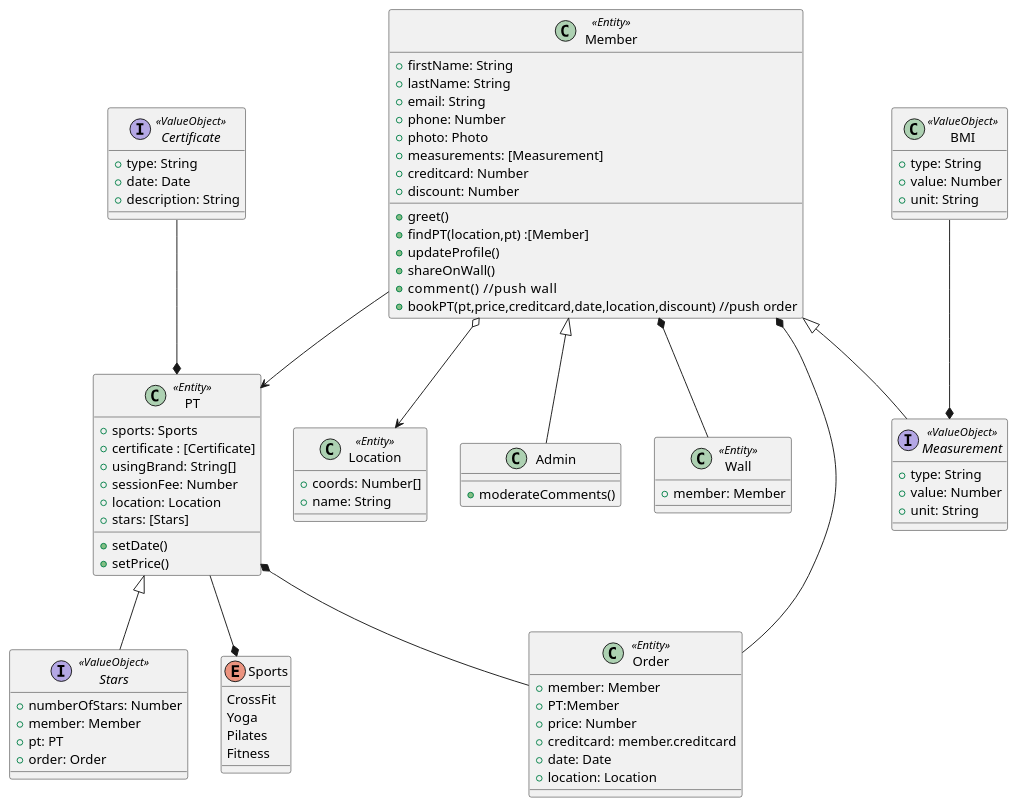
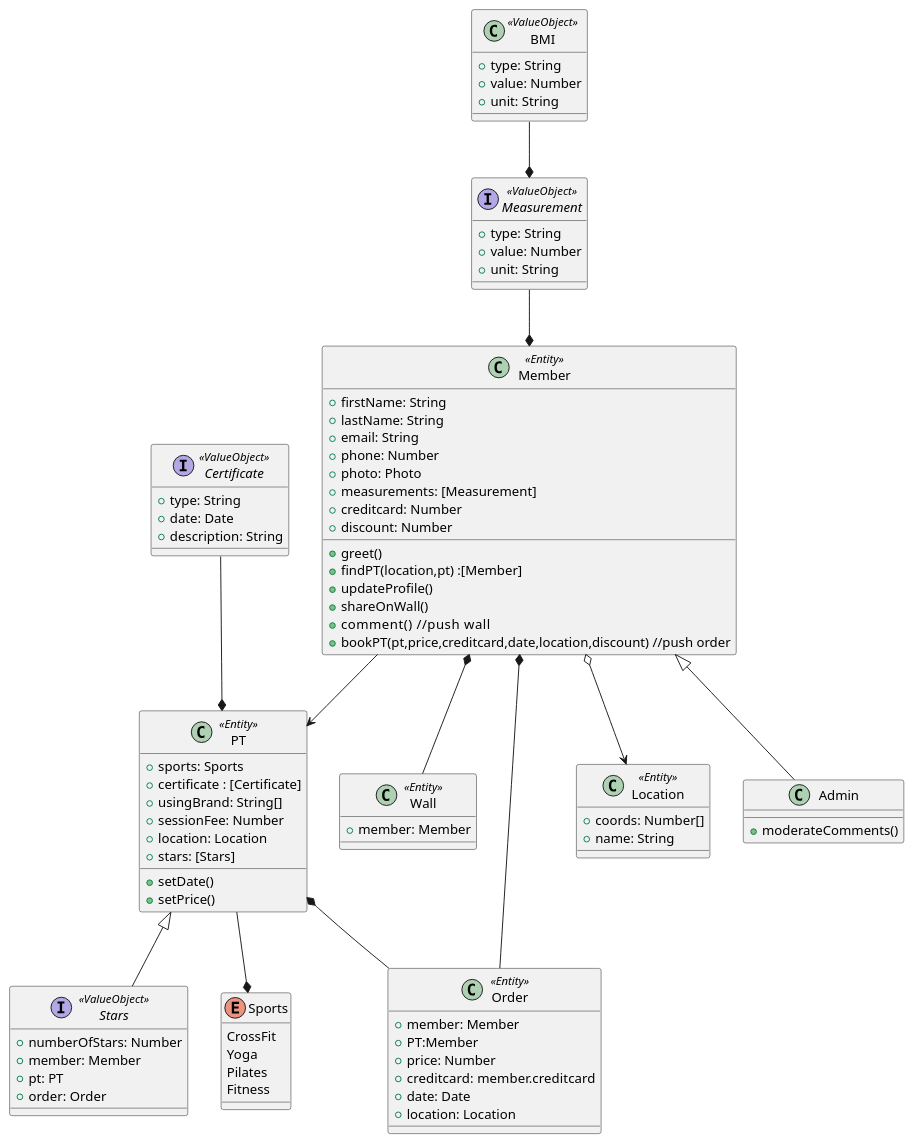
One commit to aykutmayali/js-nimble changed the diagram in class-diagram.puml. Above: the diagram before and after it, drawn with PlantUML.

```diff
--- a/class-diagram.puml
+++ b/class-diagram.puml
@@ -1,93 +1,93 @@
 @startuml "Class Diagram"
 class Member <<Entity>>{
     +firstName: String
     +lastName: String
     +email: String
     +phone: Number
     +photo: Photo
     +measurements: [Measurement]
     +creditcard: Number   
     +discount: Number
     +greet() 
     +findPT(location,pt) :[Member]
     +updateProfile()  
     +shareOnWall()
     +comment()    //push wall
     +bookPT(pt,price,creditcard,date,location,discount) //push order   
 }
 
 class PT<<Entity>>{
     +sports: Sports
     +certificate : [Certificate]
     +usingBrand: String[]
     +sessionFee: Number
     +location: Location
     +stars: [Stars]
     +setDate()
     +setPrice()
 
 }
 
 class Wall<<Entity>>{
     +member: Member
 }
 class Order<<Entity>>{
     +member: Member
     +PT:Member
     +price: Number
     +creditcard: member.creditcard
     +date: Date
     +location: Location
 }
 interface Measurement <<ValueObject>>{
     +type: String
     +value: Number
     +unit: String
 }
 class BMI <<ValueObject>> {
     +type: String
     +value: Number
     +unit: String
 }
 interface Stars<<ValueObject>>{
     +numberOfStars: Number
     +member: Member
     +pt: PT
     +order: Order
 }
 
 interface Certificate <<ValueObject>>{
     +type: String
     +date: Date 
     +description: String 
 }
 
 enum Sports{
     CrossFit
     Yoga
     Pilates
     Fitness
 }
 
 class Location<<Entity>> {
     +coords: Number[]
     +name: String
 }
 
 class Admin {
     +moderateComments()
 }
 
 Admin -up-|> Member
 BMI --* Measurement
-Measurement -up-|> Member
+Measurement --* Member
 Certificate --* PT
 Stars -up-|> PT
 Member o--> Location
 Member --> PT
 Member *-- Wall
 Member *-- Order
 PT *-- Order
 PT --* Sports
 
 @enduml
```
